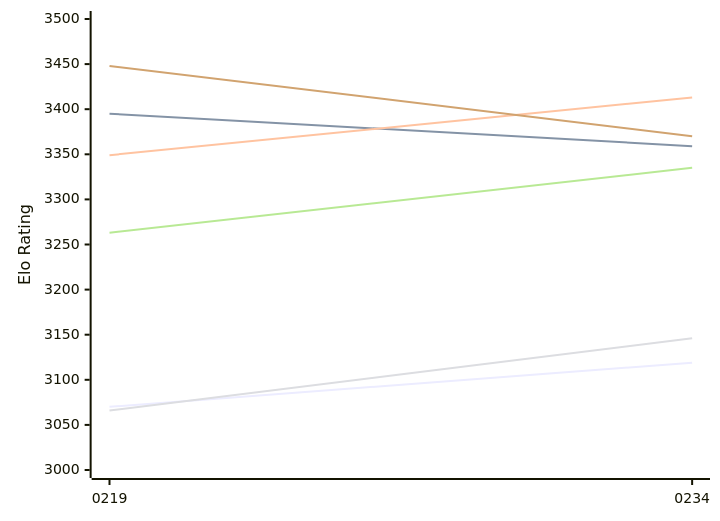
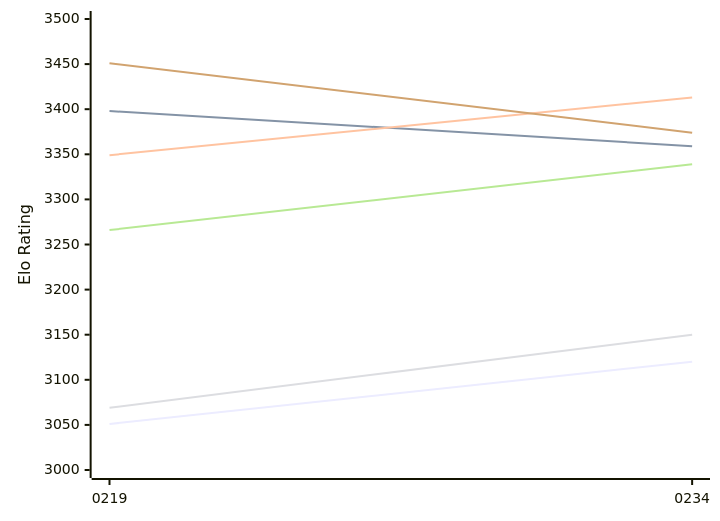
Before and after one commit to computer-chess-index/cci: the first of 2 diagrams in engines/Ynode.md, drawn with Mermaid. The commit also changed other lines of this file, not shown here.

Commit message:
Update CCI Ratings (ELO VLTC) - 2026-11-24

````diff
--- a/engines/Ynode.md
+++ b/engines/Ynode.md
@@ -50,12 +50,12 @@
 ```mermaid
 %%{init: {"theme":"base","themeVariables":{"seriesColors:['#a3a3a3','#222221','#faa371']}}}%%
 xychart-beta
   x-axis ["0219", "0234"]
   y-axis "Elo Rating" 3000 --> 3500
-  line "E1: STC (8.0+0.08s)" [3070, 3119]
-  line "E1: LTC (60.0+0.60s)" [3395, 3359]
+  line "E1: STC (8.0+0.08s)" [3051, 3120]
+  line "E1: LTC (60.0+0.60s)" [3398, 3359]
   line "E1: VLTC (2m24s+1.12s)" [3349, 3413]
-  line "P1: STC (8.0+0.08s)" [3066, 3146]
-  line "P1: LTC (60.0+0.60s)" [3263, 3335]
-  line "P1: VLTC (2m24s+1.12s)" [3448, 3370]
+  line "P1: STC (8.0+0.08s)" [3069, 3150]
+  line "P1: LTC (60.0+0.60s)" [3266, 3339]
+  line "P1: VLTC (2m24s+1.12s)" [3451, 3374]
 ```
````
